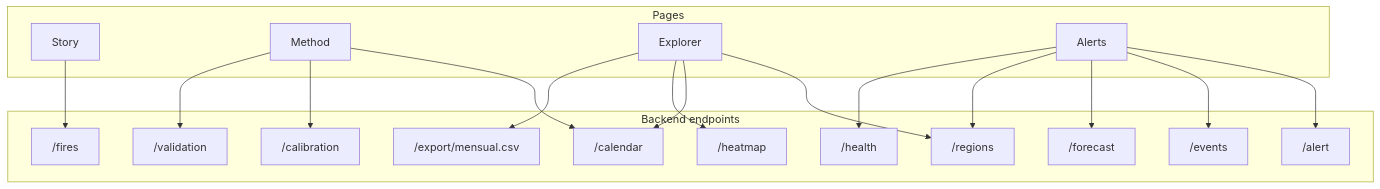
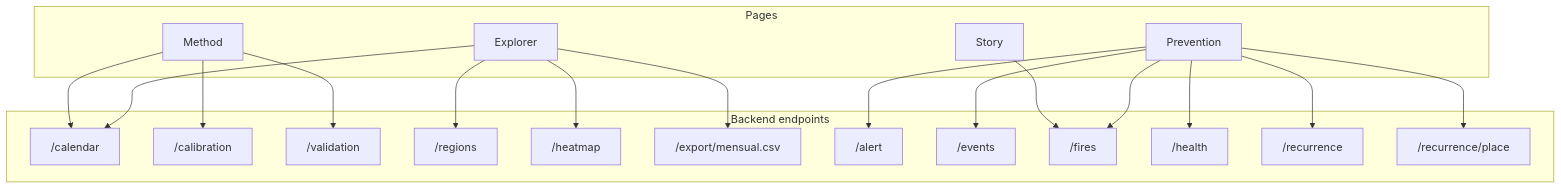
The fourth of 5 diagrams in README.md (SebasHuaypar/Yakanas-NASA), drawn with Mermaid before and after one commit. The commit also changed other lines of this file and 19 other files, not shown here.

````diff
--- a/README.md
+++ b/README.md
@@ -155,26 +155,27 @@
 ```mermaid
 flowchart TB
     subgraph Pages
       P1[Story]
       P2[Method]
       P3[Explorer]
-      P4[Alerts]
+      P4[Prevention]
     end
     subgraph Endpoints["Backend endpoints"]
       E1["/calendar"]
       E2["/calibration"]
       E3["/validation"]
       E4["/regions"]
       E5["/heatmap"]
       E6["/export/mensual.csv"]
       E7["/alert"]
       E8["/events"]
-      E9["/forecast"]
       E10["/fires"]
       E11["/health"]
+      E12["/recurrence"]
+      E13["/recurrence/place"]
     end
     P1 --> E10
     P2 --> E1 & E2 & E3
     P3 --> E4 & E1 & E5 & E6
-    P4 --> E7 & E8 & E9 & E4 & E11
+    P4 --> E10 & E8 & E7 & E11 & E12 & E13
 ```
````
